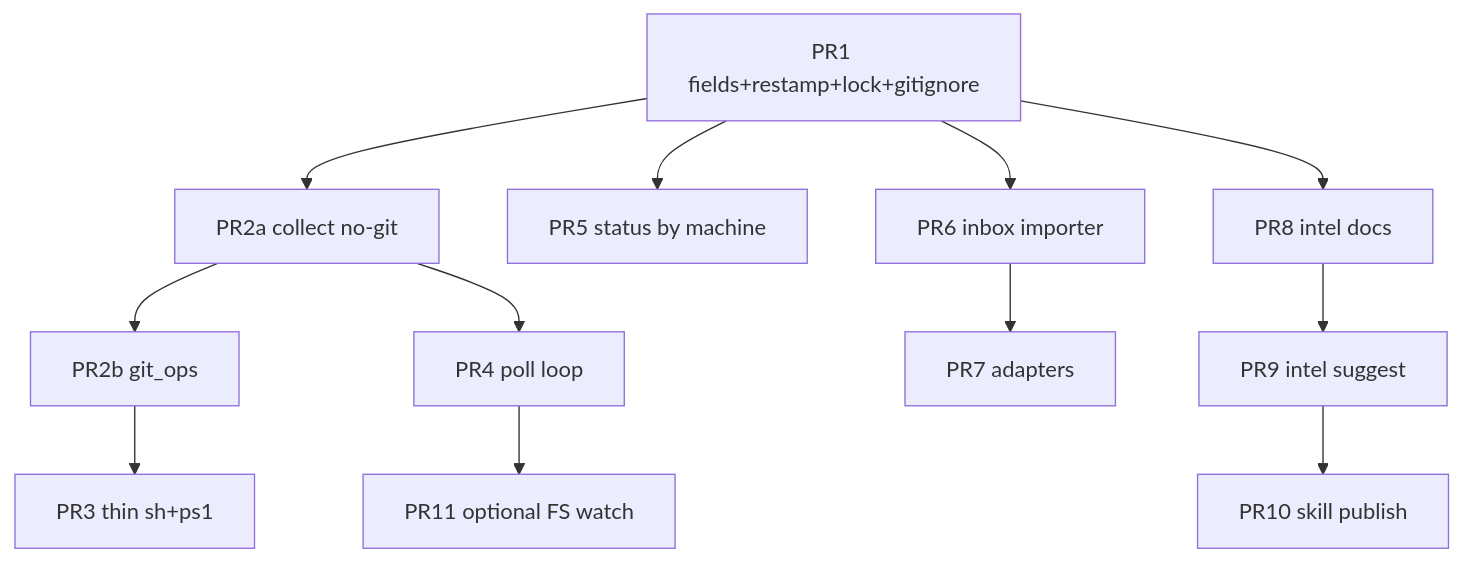
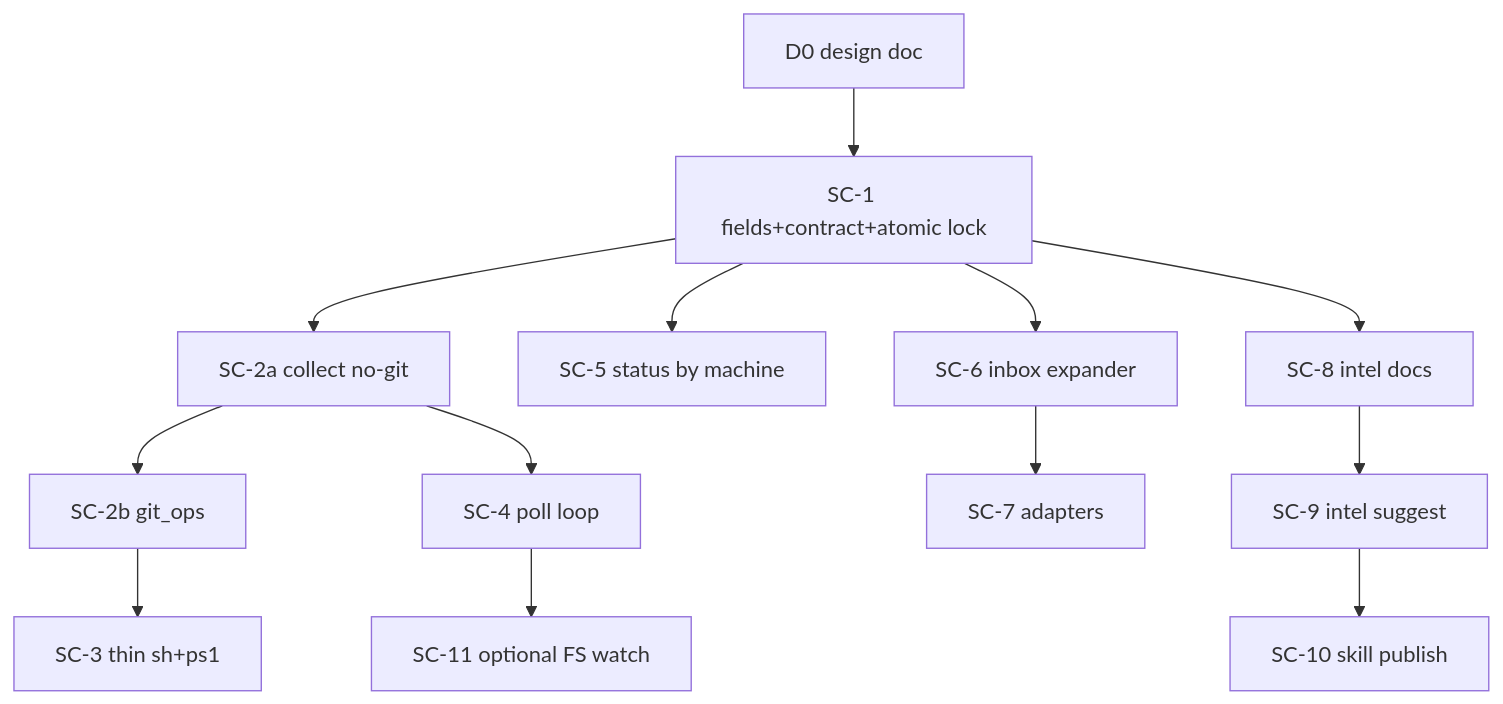
One commit to avidullu/agent-sessions changed the fourth of 4 diagrams in docs/designs/SESSION_COLLECTOR_AND_INTEL.md. Above: the diagram before and after it, drawn with Mermaid. The commit also changed other lines of this file and 1 other file, not shown here.

First line of the commit message:
docs: address #142 review on collector/session-intel design

````diff
--- a/docs/designs/SESSION_COLLECTOR_AND_INTEL.md
+++ b/docs/designs/SESSION_COLLECTOR_AND_INTEL.md
@@ -1052,22 +1199,24 @@
 ```mermaid
 flowchart TB
-  PR1[PR1 fields+restamp+lock+gitignore]
-  PR2a[PR2a collect no-git]
-  PR2b[PR2b git_ops]
-  PR3[PR3 thin sh+ps1]
-  PR4[PR4 poll loop]
-  PR5[PR5 status by machine]
-  PR6[PR6 inbox importer]
-  PR7[PR7 adapters]
-  PR8[PR8 intel docs]
-  PR9[PR9 intel suggest]
-  PR10[PR10 skill publish]
-  PR11[PR11 optional FS watch]
+  D0[D0 design doc]
+  SC1[SC-1 fields+contract+atomic lock]
+  SC2a[SC-2a collect no-git]
+  SC2b[SC-2b git_ops]
+  SC3[SC-3 thin sh+ps1]
+  SC4[SC-4 poll loop]
+  SC5[SC-5 status by machine]
+  SC6[SC-6 inbox expander]
+  SC7[SC-7 adapters]
+  SC8[SC-8 intel docs]
+  SC9[SC-9 intel suggest]
+  SC10[SC-10 skill publish]
+  SC11[SC-11 optional FS watch]
 
-  PR1 --> PR2a --> PR2b --> PR3
-  PR2a --> PR4
-  PR1 --> PR5
-  PR1 --> PR6 --> PR7
-  PR1 --> PR8 --> PR9 --> PR10
-  PR4 --> PR11
+  D0 --> SC1
+  SC1 --> SC2a --> SC2b --> SC3
+  SC2a --> SC4
+  SC1 --> SC5
+  SC1 --> SC6 --> SC7
+  SC1 --> SC8 --> SC9 --> SC10
+  SC4 --> SC11
 ```
````
